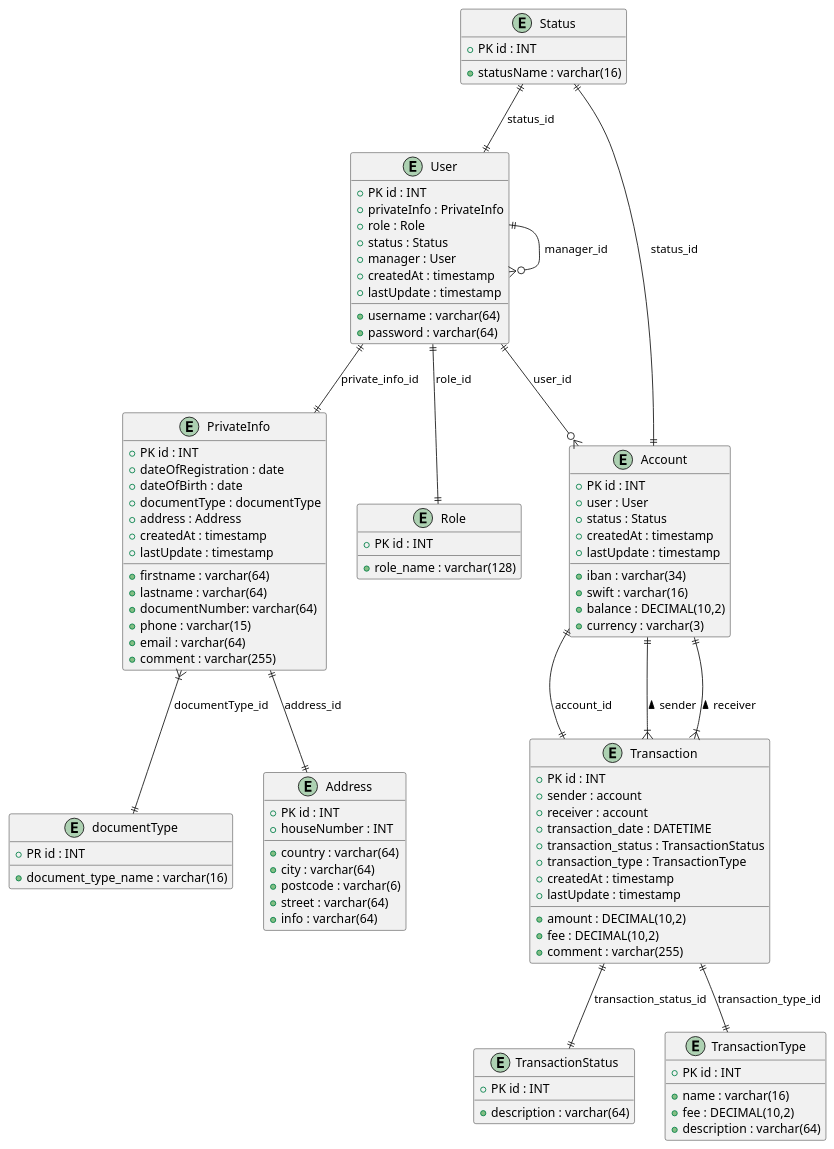
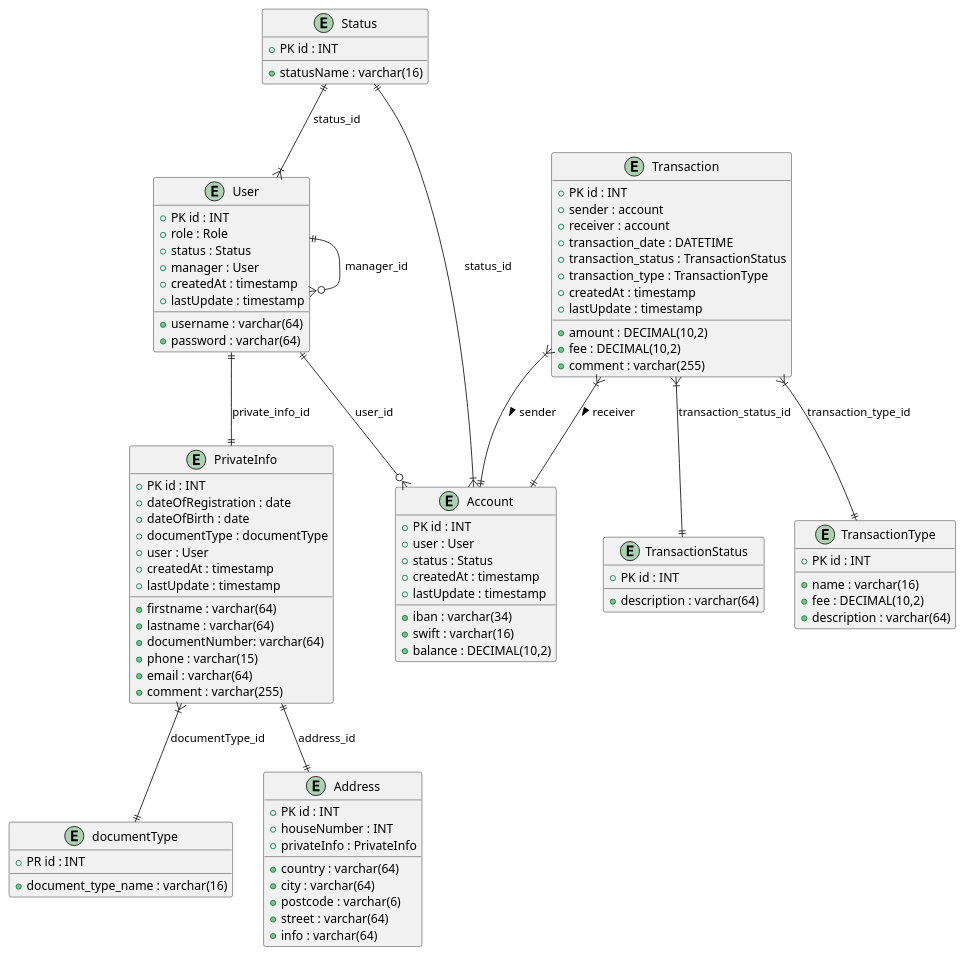
The diagram in src/Diagram.puml (jolivuk/ProjectBankSystem), drawn with PlantUML before and after one commit. The commit also changed 116 other files, not shown here.

```diff
--- a/src/Diagram.puml
+++ b/src/Diagram.puml
@@ -1,117 +1,103 @@
 @startuml
 
 
 ' Домен управления пользователями
 entity User {
    + PK id : INT
    + username : varchar(64)
    + password : varchar(64)
-   + privateInfo : PrivateInfo
    + role : Role
    + status : Status
    + manager : User
    + createdAt : timestamp
    + lastUpdate : timestamp
-
 }
 
 entity PrivateInfo {
    + PK id : INT
    + firstname : varchar(64)
    + lastname : varchar(64)
    + dateOfRegistration : date
    + dateOfBirth : date
    + documentType : documentType
    + documentNumber: varchar(64)
    + phone : varchar(15)
    + email : varchar(64)
    + comment : varchar(255)
-   + address : Address
+   + user : User
    + createdAt : timestamp
    + lastUpdate : timestamp
 }
 
 entity documentType{
     + PR id : INT
     + document_type_name : varchar(16)
 }
 
 entity Address {
    + PK id : INT
    + country : varchar(64)
    + city : varchar(64)
    + postcode : varchar(6)
    + street : varchar(64)
    + houseNumber : INT
+   + privateInfo : PrivateInfo
    + info : varchar(64)
 }
 
-entity Role {
-   + PK id : INT
-   + role_name : varchar(128)
-}
-
-' Домен счетов
 entity Account {
    + PK id : INT
    + user : User
    + iban : varchar(34)
    + swift : varchar(16)
    + status : Status
    + balance : DECIMAL(10,2)
-   + currency : varchar(3)
    + createdAt : timestamp
    + lastUpdate : timestamp
 }
 entity Status{
     + PK id : INT
     + statusName : varchar(16)
 }
 
-
-' Домен транзакций
 entity Transaction {
    + PK id : INT
    + sender : account
    + receiver : account
    + amount : DECIMAL(10,2)
    + fee : DECIMAL(10,2)
    + comment : varchar(255)
    + transaction_date : DATETIME
    + transaction_status : TransactionStatus
    + transaction_type : TransactionType
    + createdAt : timestamp
    + lastUpdate : timestamp
 }
 
 entity TransactionStatus {
    + PK id : INT
    + description : varchar(64)
 }
 
 entity TransactionType {
    + PK id : INT
    + name : varchar(16)
    + fee : DECIMAL(10,2)
    + description : varchar(64)
 }
 
-' Связи базового домена
 User ||--|| PrivateInfo : private_info_id
-User ||--|| Role : role_id
 User ||--o{ User : manager_id
 User ||--o{ Account : user_id
 PrivateInfo ||--|| Address : address_id
 PrivateInfo }|--|| documentType : documentType_id
-Account ||--|| Transaction : account_id
 
-' Связи транзакционного домена
 Transaction }|--|| Account : sender >
 Transaction }|--|| Account : receiver >
-Transaction ||--|| TransactionStatus : transaction_status_id
-Transaction ||--|| TransactionType : transaction_type_id
+Transaction }|--|| TransactionStatus : transaction_status_id
+Transaction }|--|| TransactionType : transaction_type_id
 
-Status ||--|| Account : status_id
-Status ||--|| User : status_id
+Status ||--|{ Account : status_id
+Status ||--|{ User : status_id
 
 @enduml
```
